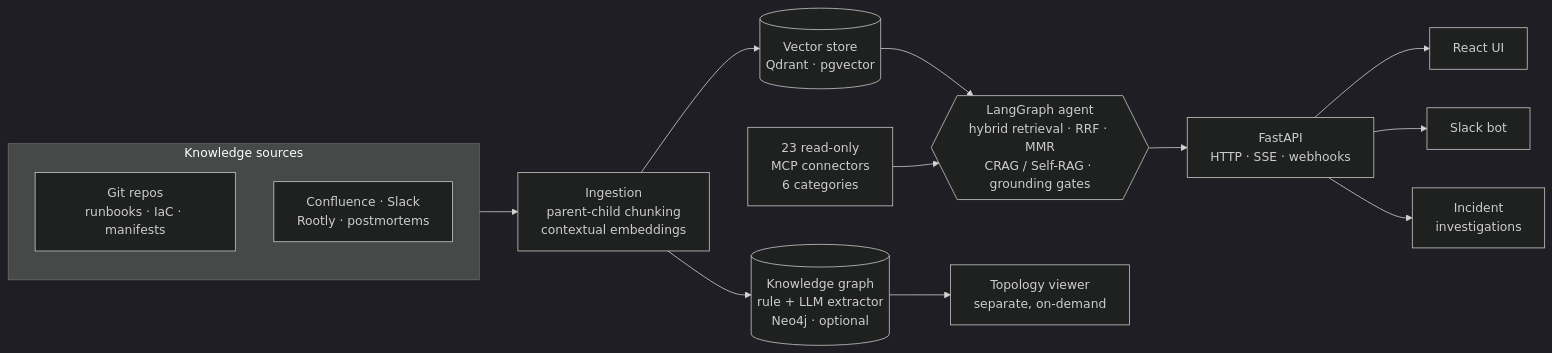
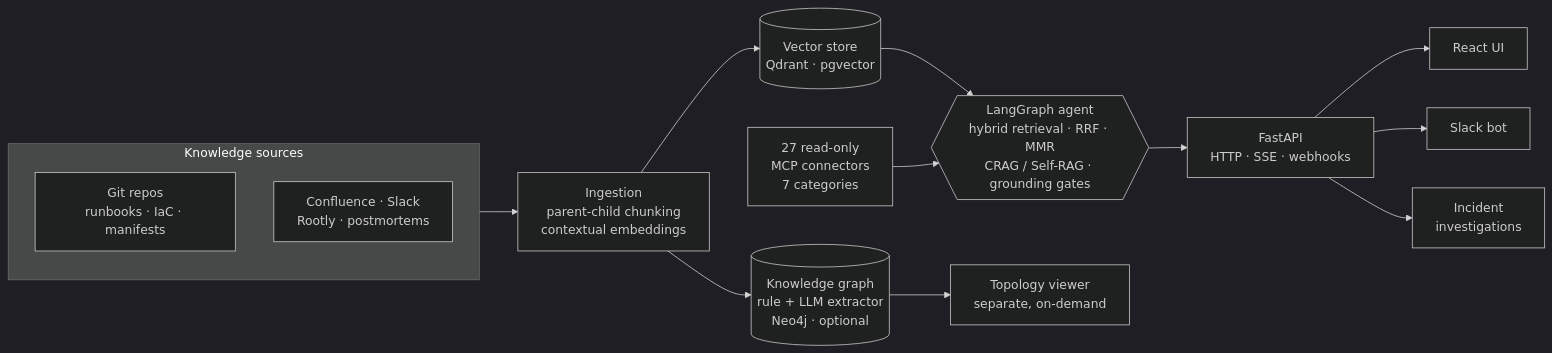
Before and after one commit to dtduc-git/opsrag: the diagram in README.md, drawn with Mermaid (dark theme). The commit also changed other lines of this file and 8 other files, not shown here.

````diff
--- a/README.md
+++ b/README.md
@@ -63,24 +63,24 @@
 ```mermaid
 flowchart LR
     subgraph SRC ["Knowledge sources"]
         direction TB
         A[Git repos<br/>runbooks · IaC · manifests]
         B[Confluence · Slack<br/>Rootly · postmortems]
     end
 
     SRC --> ING[Ingestion<br/>parent-child chunking<br/>contextual embeddings]
     ING --> VS[(Vector store<br/>Qdrant · pgvector)]
     ING --> KG[(Knowledge graph<br/>rule + LLM extractor<br/>Neo4j · optional)]
 
     VS --> AGENT
-    MCP[23 read-only<br/>MCP connectors<br/>6 categories] --> AGENT
+    MCP[27 read-only<br/>MCP connectors<br/>7 categories] --> AGENT
 
     AGENT{{LangGraph agent<br/>hybrid retrieval · RRF · MMR<br/>CRAG / Self-RAG · grounding gates}}
 
     KG --> TOPO[Topology viewer<br/>separate, on-demand]
 
     AGENT --> API[FastAPI<br/>HTTP · SSE · webhooks]
     API --> UI[React UI]
     API --> SLACK[Slack bot]
     API --> INV[Incident<br/>investigations]
 ```
````
